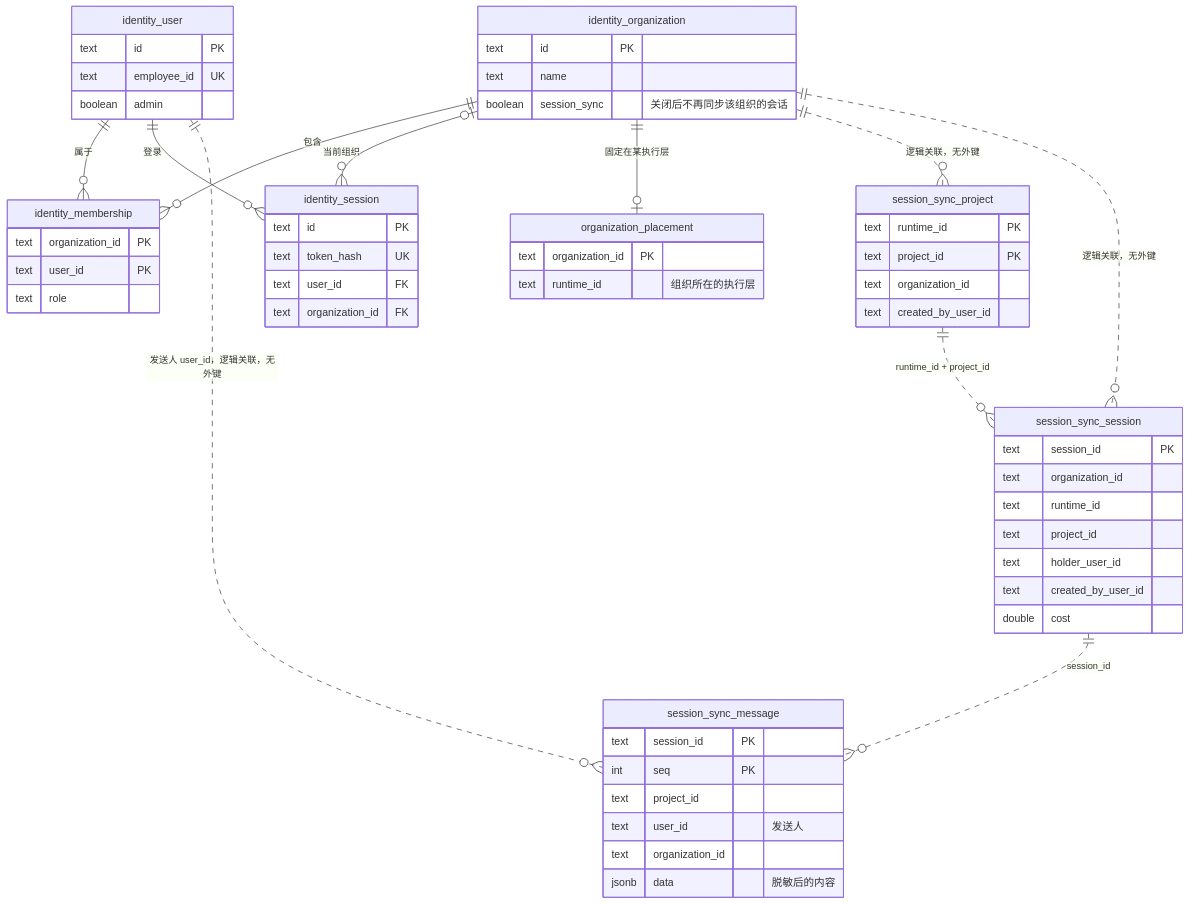
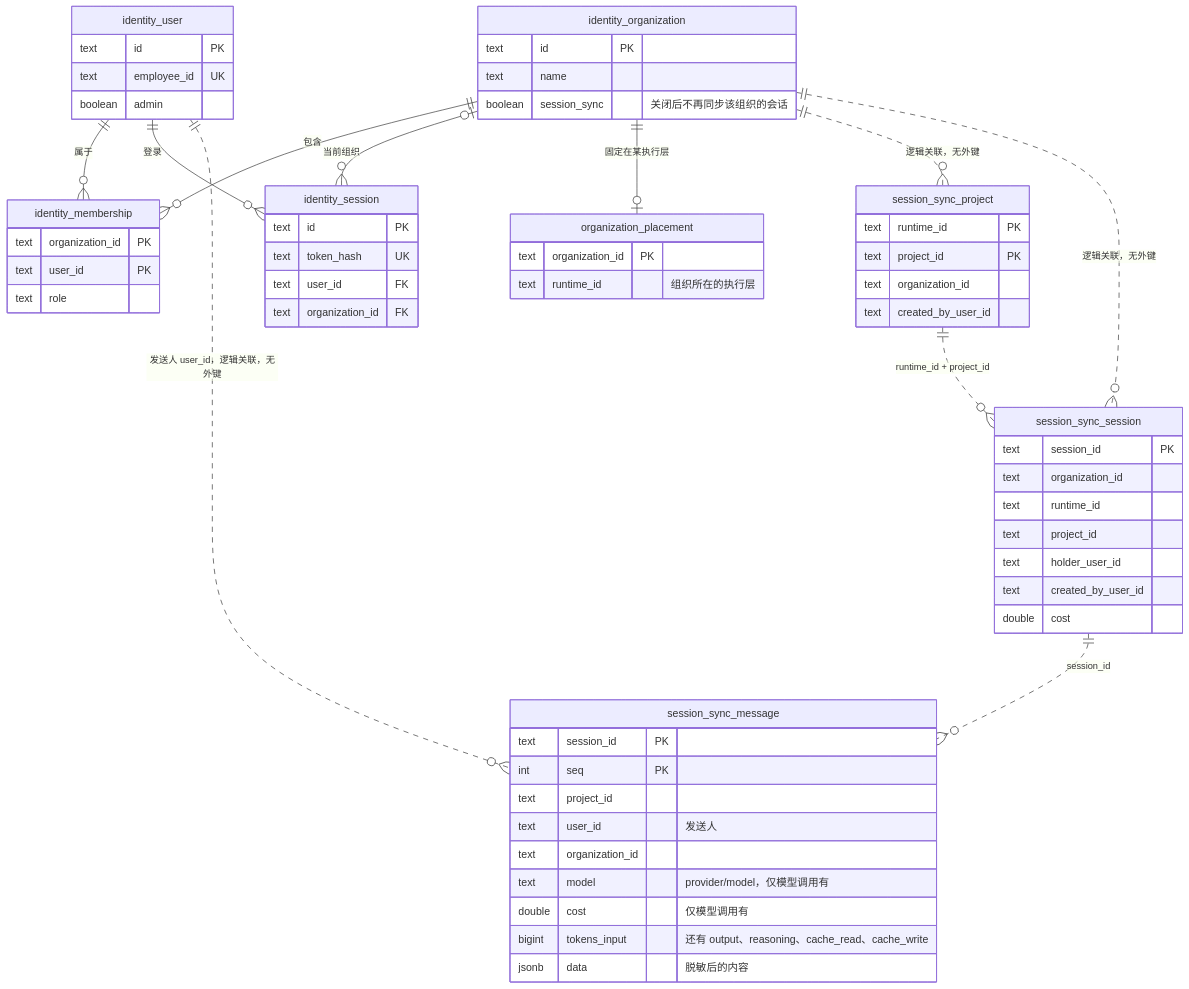
The third of 3 diagrams in README.md (JackLuguibin/opencode-ex), drawn with Mermaid before and after one commit. The commit also changed other lines of this file and 21 other files, not shown here.

````diff
--- a/README.md
+++ b/README.md
@@ -129,62 +130,65 @@
 ```mermaid
 erDiagram
     identity_user ||--o{ identity_membership : "属于"
     identity_organization ||--o{ identity_membership : "包含"
     identity_user ||--o{ identity_session : "登录"
     identity_organization |o--o{ identity_session : "当前组织"
     identity_organization ||--o| organization_placement : "固定在某执行层"
     identity_organization ||..o{ session_sync_project : "逻辑关联，无外键"
     identity_organization ||..o{ session_sync_session : "逻辑关联，无外键"
     session_sync_project ||..o{ session_sync_session : "runtime_id + project_id"
     session_sync_session ||..o{ session_sync_message : "session_id"
     identity_user ||..o{ session_sync_message : "发送人 user_id，逻辑关联，无外键"
 
     identity_user {
         text id PK
         text employee_id UK
         boolean admin
     }
     identity_organization {
         text id PK
         text name
         boolean session_sync "关闭后不再同步该组织的会话"
     }
     identity_membership {
         text organization_id PK
         text user_id PK
         text role
     }
     identity_session {
         text id PK
         text token_hash UK
         text user_id FK
         text organization_id FK
     }
     organization_placement {
         text organization_id PK
         text runtime_id "组织所在的执行层"
     }
     session_sync_project {
         text runtime_id PK
         text project_id PK
         text organization_id
         text created_by_user_id
     }
     session_sync_session {
         text session_id PK
         text organization_id
         text runtime_id
         text project_id
         text holder_user_id
         text created_by_user_id
         double cost
     }
     session_sync_message {
         text session_id PK
         int seq PK
         text project_id
         text user_id "发送人"
         text organization_id
+        text model "provider/model，仅模型调用有"
+        double cost "仅模型调用有"
+        bigint tokens_input "还有 output、reasoning、cache_read、cache_write"
         jsonb data "脱敏后的内容"
     }
 ```
````
